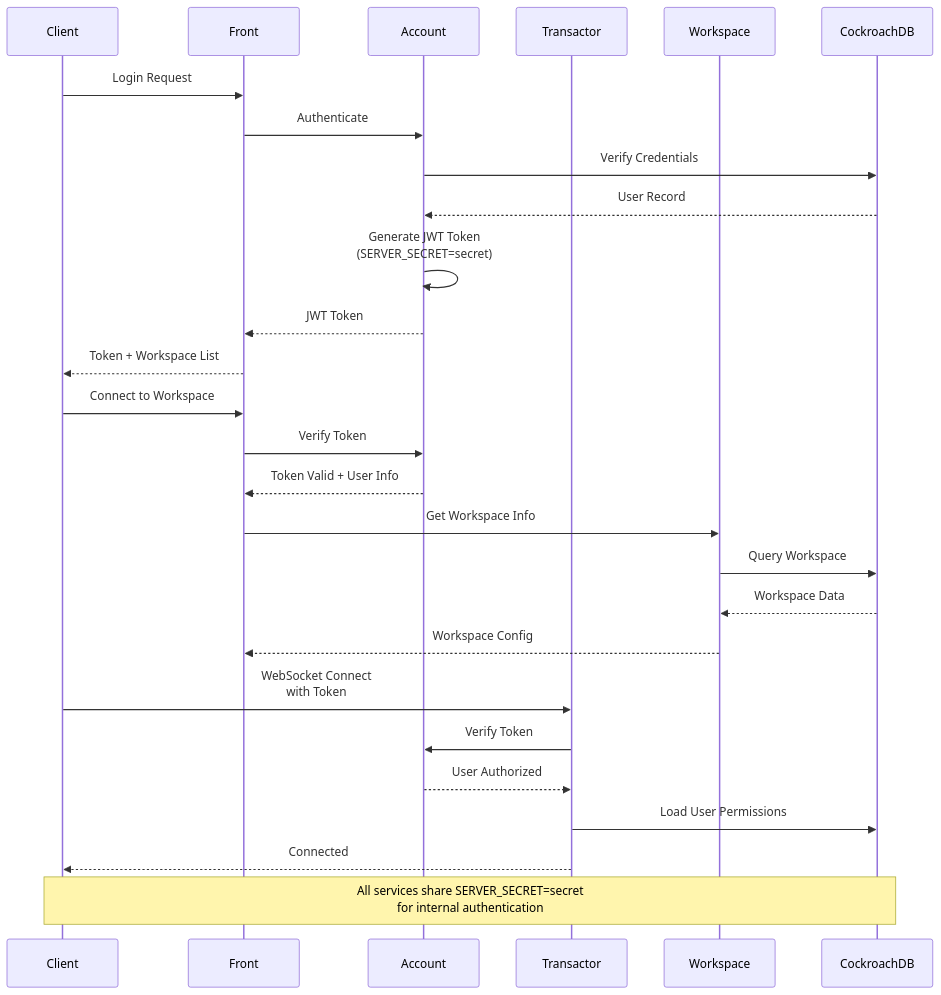
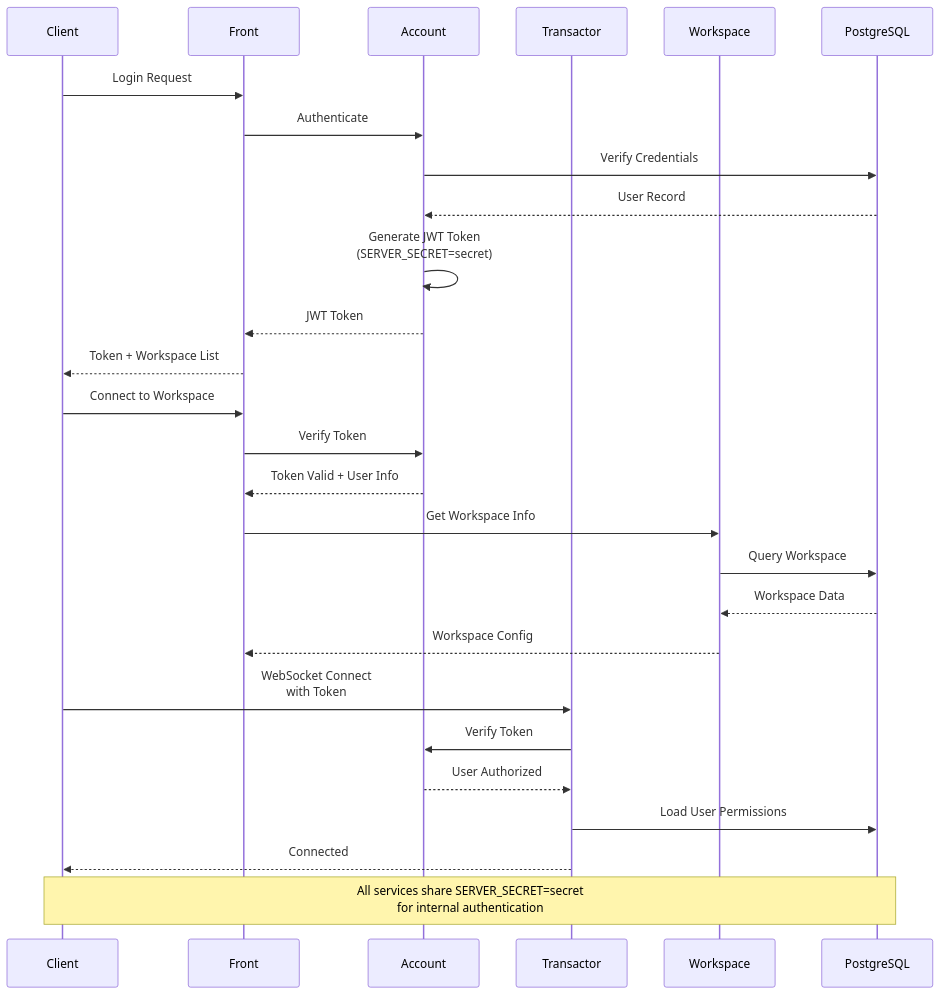
Before and after one commit to TraceX-dev/TraceX: the fourth of 4 diagrams in ARCHITECTURE_OVERVIEW.md, drawn with Mermaid. The commit also changed other lines of this file and 177 other files, not shown here.

````diff
--- a/ARCHITECTURE_OVERVIEW.md
+++ b/ARCHITECTURE_OVERVIEW.md
@@ -315,34 +315,34 @@
 ```mermaid
 sequenceDiagram
     participant Client
     participant Front
     participant Account
     participant Transactor
     participant Workspace
-    participant CockroachDB
+    participant PostgreSQL
     
     Client->>Front: Login Request
     Front->>Account: Authenticate
-    Account->>CockroachDB: Verify Credentials
-    CockroachDB-->>Account: User Record
+    Account->>PostgreSQL: Verify Credentials
+    PostgreSQL-->>Account: User Record
     Account->>Account: Generate JWT Token<br/>(SERVER_SECRET=secret)
     Account-->>Front: JWT Token
     Front-->>Client: Token + Workspace List
     
     Client->>Front: Connect to Workspace
     Front->>Account: Verify Token
     Account-->>Front: Token Valid + User Info
     
     Front->>Workspace: Get Workspace Info
-    Workspace->>CockroachDB: Query Workspace
-    CockroachDB-->>Workspace: Workspace Data
+    Workspace->>PostgreSQL: Query Workspace
+    PostgreSQL-->>Workspace: Workspace Data
     Workspace-->>Front: Workspace Config
     
     Client->>Transactor: WebSocket Connect<br/>with Token
     Transactor->>Account: Verify Token
     Account-->>Transactor: User Authorized
-    Transactor->>CockroachDB: Load User Permissions
+    Transactor->>PostgreSQL: Load User Permissions
     Transactor-->>Client: Connected
     
-    Note over Client,CockroachDB: All services share SERVER_SECRET=secret<br/>for internal authentication
+    Note over Client,PostgreSQL: All services share SERVER_SECRET=secret<br/>for internal authentication
 ```
````
